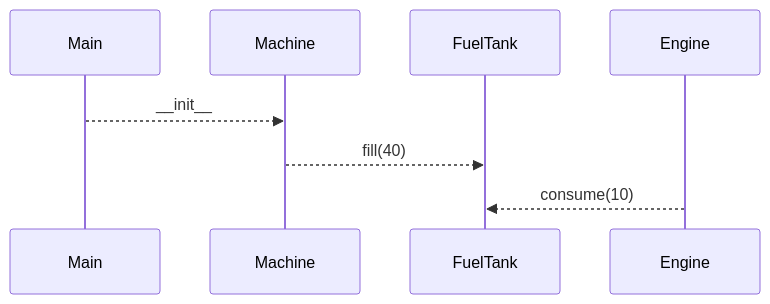
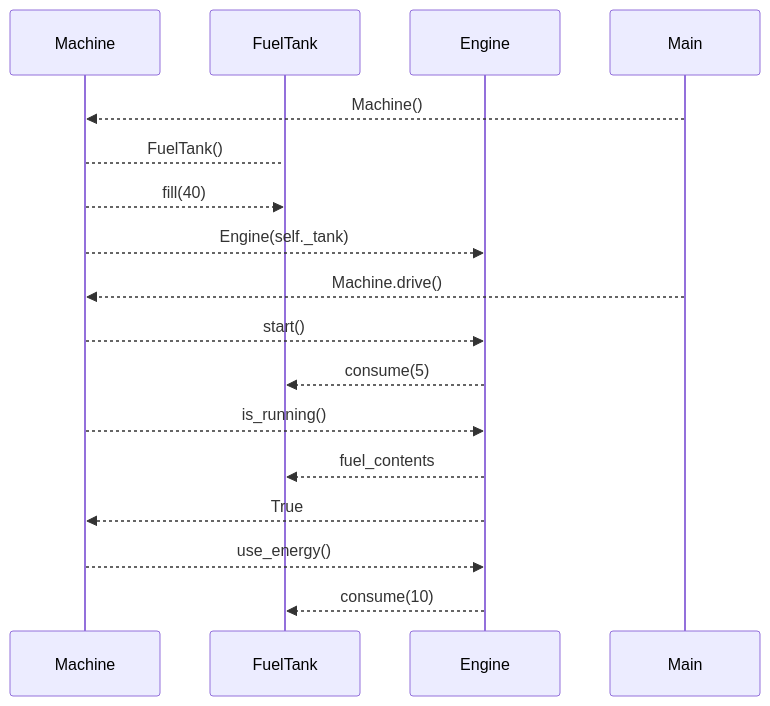
Before and after one commit to asomaki/ot-harjoitustyo: the diagram in laskarit/viikko3/bensatankki.md, drawn with Mermaid.

Commit message:
bensatankin kaavio

````diff
--- a/laskarit/viikko3/bensatankki.md
+++ b/laskarit/viikko3/bensatankki.md
@@ -1,12 +1,25 @@
 ```mermaid
 	sequenceDiagram
-	    Main-->>Machine: __init__
-	    Machine-->>FuelTank: fill(40)
-	    Engine-->>FuelTank: consume(10)
-
+	    participant M as Machine
+	    participant F as FuelTank
+	    participant E as Engine    
+	    
+	    Main-->>M: Machine()
+	    M-->F: FuelTank()
+	    M-->>F: fill(40)
+	    M-->>E: Engine(self._tank)
+	    Main-->>M: Machine.drive()
+	    M-->>E: start()
+	    E-->>F: consume(5)
+	    M-->>E: is_running()
+	    E-->>F: fuel_contents
+	    E-->>M: True
+	    M-->>E: use_energy()
+	    E-->>F: consume(10)
+	
 
 
 
 
 
 ```
````
